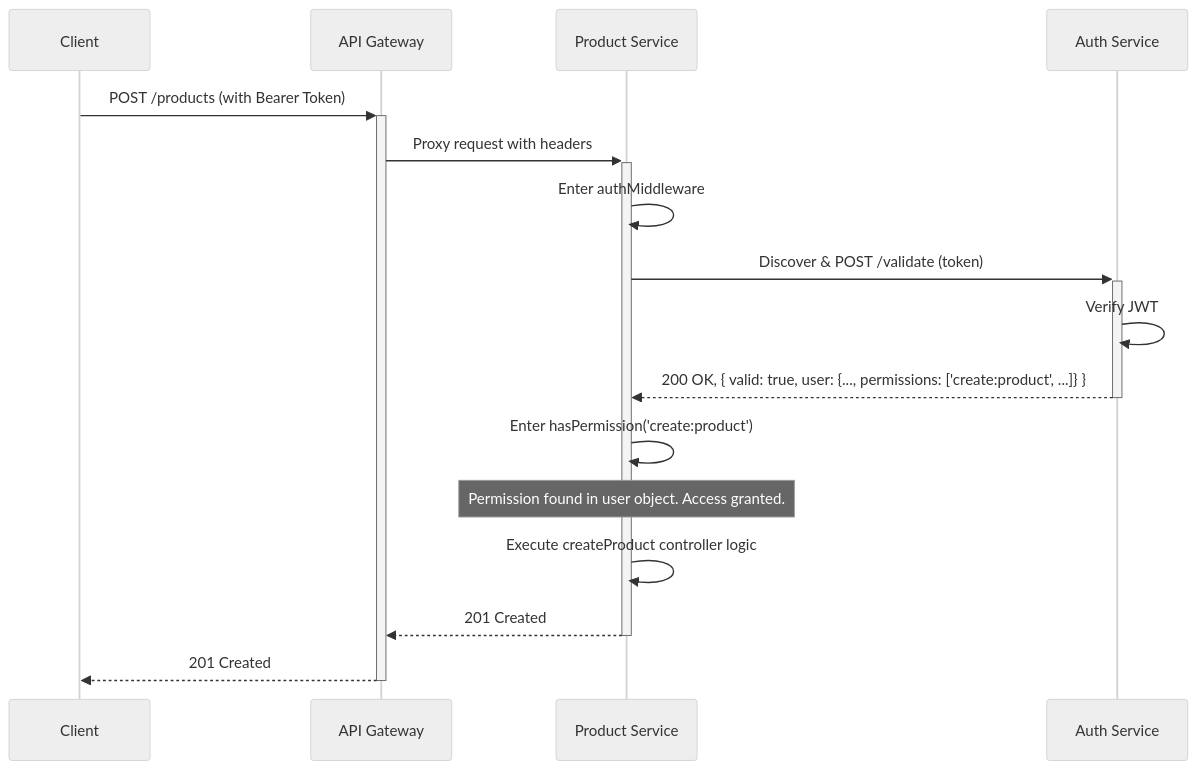
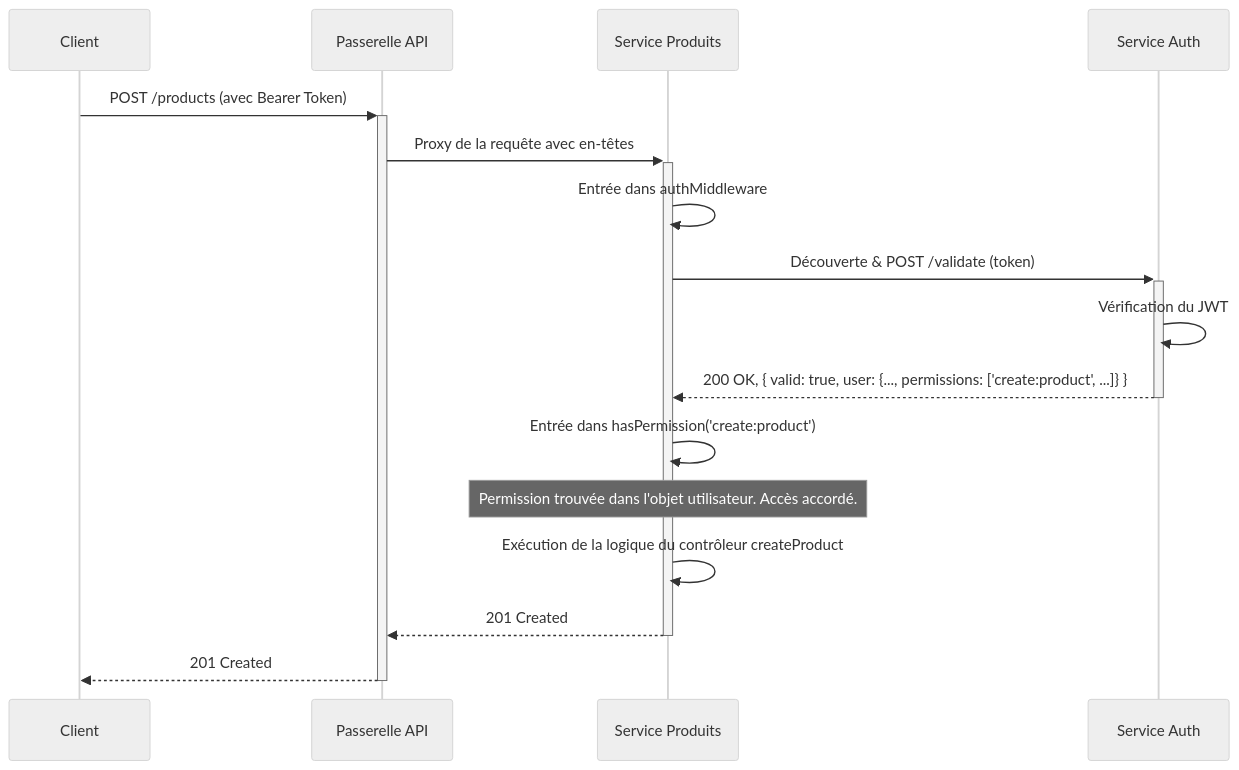
The sixth of 10 diagrams in MVP.md (HarcheSamir/esisba-lirmm-ecommerce), drawn with Mermaid (neutral theme) before and after one commit. The commit also changed other lines of this file, not shown here.

````diff
--- a/MVP.md
+++ b/MVP.md
@@ -465,19 +469,19 @@
 ```mermaid
 sequenceDiagram
     participant Client
-    participant APIGW as API Gateway
-    participant ProductSvc as Product Service
-    participant AuthSvc as Auth Service
+    participant APIGW as Passerelle API
+    participant ProductSvc as Service Produits
+    participant AuthSvc as Service Auth
 
-    Client->>+APIGW: POST /products (with Bearer Token)
-    APIGW->>+ProductSvc: Proxy request with headers
-    ProductSvc->>ProductSvc: Enter authMiddleware
-    ProductSvc->>+AuthSvc: Discover & POST /validate (token)
-    AuthSvc->>AuthSvc: Verify JWT
+    Client->>+APIGW: POST /products (avec Bearer Token)
+    APIGW->>+ProductSvc: Proxy de la requête avec en-têtes
+    ProductSvc->>ProductSvc: Entrée dans authMiddleware
+    ProductSvc->>+AuthSvc: Découverte & POST /validate (token)
+    AuthSvc->>AuthSvc: Vérification du JWT
     AuthSvc-->>-ProductSvc: 200 OK, { valid: true, user: {..., permissions: ['create:product', ...]} }
-    ProductSvc->>ProductSvc: Enter hasPermission('create:product')
-    Note over ProductSvc: Permission found in user object. Access granted.
-    ProductSvc->>ProductSvc: Execute createProduct controller logic
+    ProductSvc->>ProductSvc: Entrée dans hasPermission('create:product')
+    Note over ProductSvc: Permission trouvée dans l'objet utilisateur. Accès accordé.
+    ProductSvc->>ProductSvc: Exécution de la logique du contrôleur createProduct
     ProductSvc-->>-APIGW: 201 Created
     APIGW-->>-Client: 201 Created
 ```
````
